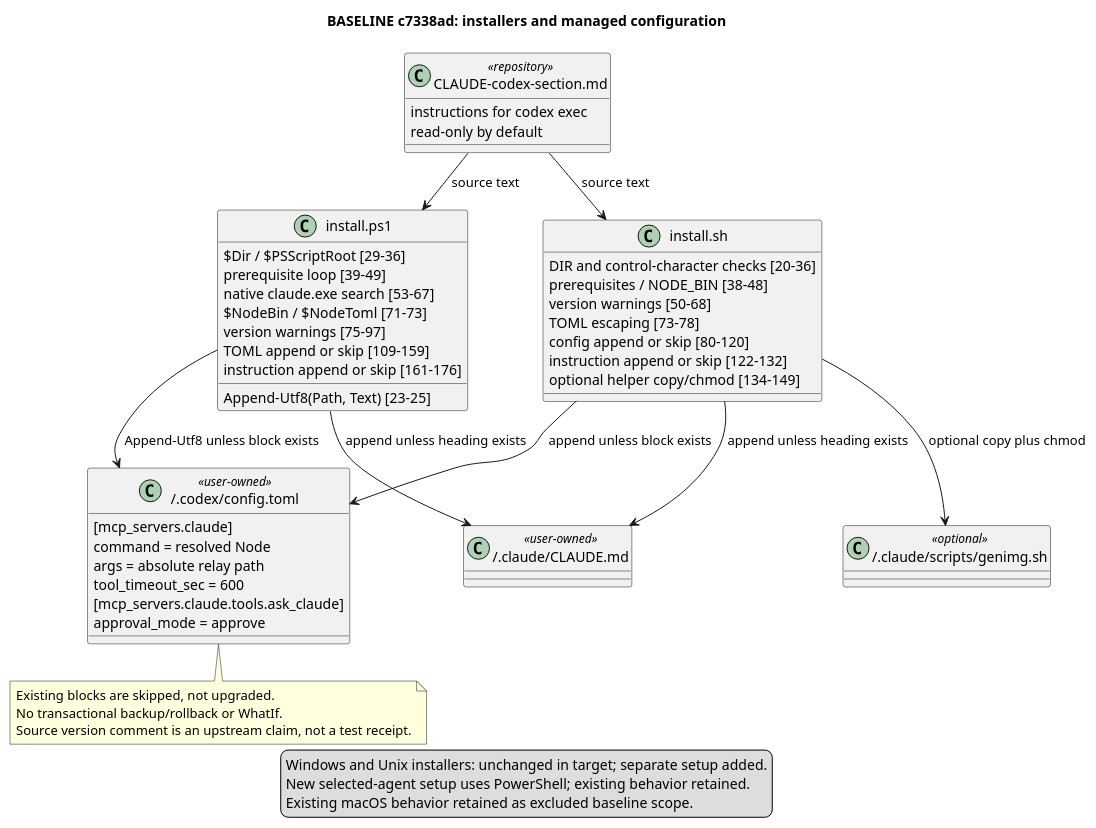
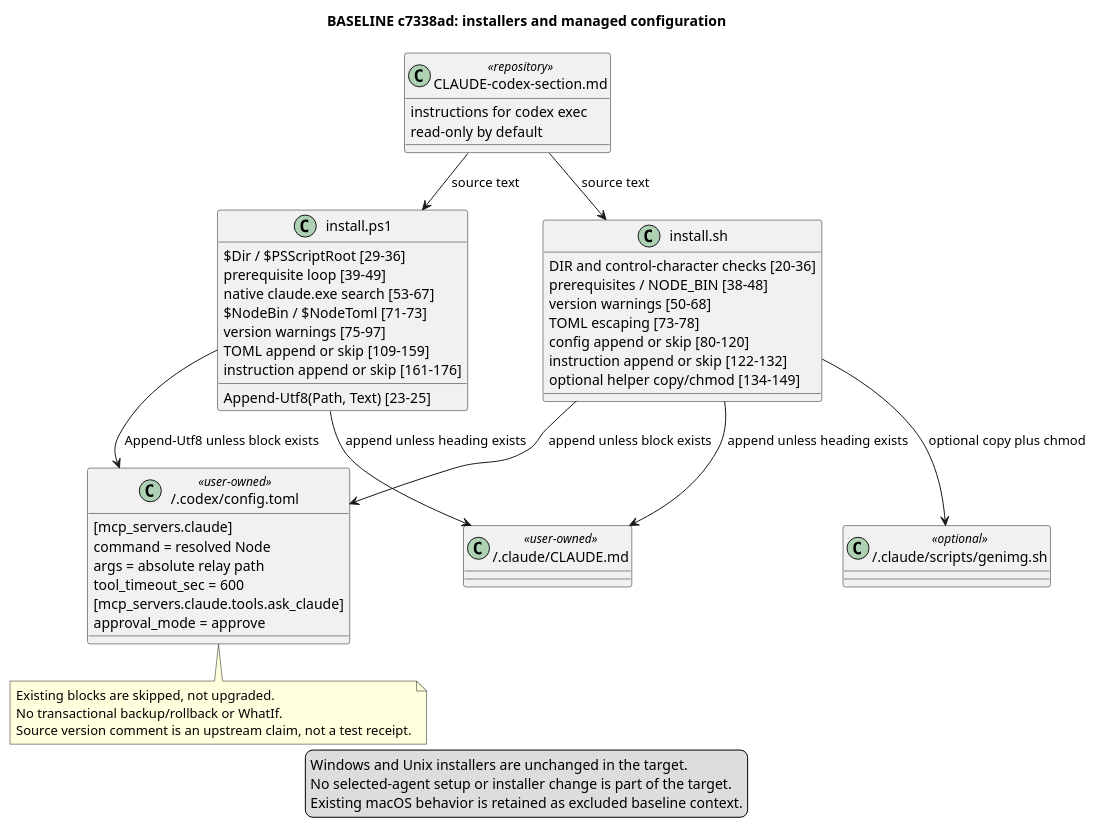
One commit to noblehacks/frenemy changed the diagram in docs/architecture/structurizr/support-only/code/baseline-installers.puml. Above: the diagram before and after it, drawn with PlantUML. The commit also changed 137 other files, not shown here.

```diff
--- a/docs/architecture/structurizr/support-only/code/baseline-installers.puml
+++ b/docs/architecture/structurizr/support-only/code/baseline-installers.puml
@@ -1,55 +1,55 @@
 @startuml
 !pragma layout smetana
 skinparam shadowing false
 title BASELINE c7338ad: installers and managed configuration
 class "install.ps1" as win {
  Append-Utf8(Path, Text) [23-25]
  $Dir / $PSScriptRoot [29-36]
  prerequisite loop [39-49]
  native claude.exe search [53-67]
  $NodeBin / $NodeToml [71-73]
  version warnings [75-97]
  TOML append or skip [109-159]
  instruction append or skip [161-176]
 }
 class "install.sh" as unix {
  DIR and control-character checks [20-36]
  prerequisites / NODE_BIN [38-48]
  version warnings [50-68]
  TOML escaping [73-78]
  config append or skip [80-120]
  instruction append or skip [122-132]
  optional helper copy/chmod [134-149]
 }
 class "~/.codex/config.toml" as config <<user-owned>> {
  [mcp_servers.claude]
  command = resolved Node
  args = absolute relay path
  tool_timeout_sec = 600
  [mcp_servers.claude.tools.ask_claude]
  approval_mode = approve
 }
 class "CLAUDE-codex-section.md" as section <<repository>> {
  instructions for codex exec
  read-only by default
 }
 class "~/.claude/CLAUDE.md" as instructions <<user-owned>>
 class "~/.claude/scripts/genimg.sh" as helper <<optional>>
 win --> config : Append-Utf8 unless block exists
 unix --> config : append unless block exists
 section --> win : source text
 section --> unix : source text
 win --> instructions : append unless heading exists
 unix --> instructions : append unless heading exists
 unix --> helper : optional copy plus chmod
 note bottom of config
 Existing blocks are skipped, not upgraded.
 No transactional backup/rollback or WhatIf.
 Source version comment is an upstream claim, not a test receipt.
 end note
 legend bottom
-Windows and Unix installers: unchanged in target; separate setup added.
-New selected-agent setup uses PowerShell; existing behavior retained.
-Existing macOS behavior retained as excluded baseline scope.
+Windows and Unix installers are unchanged in the target.
+No selected-agent setup or installer change is part of the target.
+Existing macOS behavior is retained as excluded baseline context.
 endlegend
 @enduml
```
